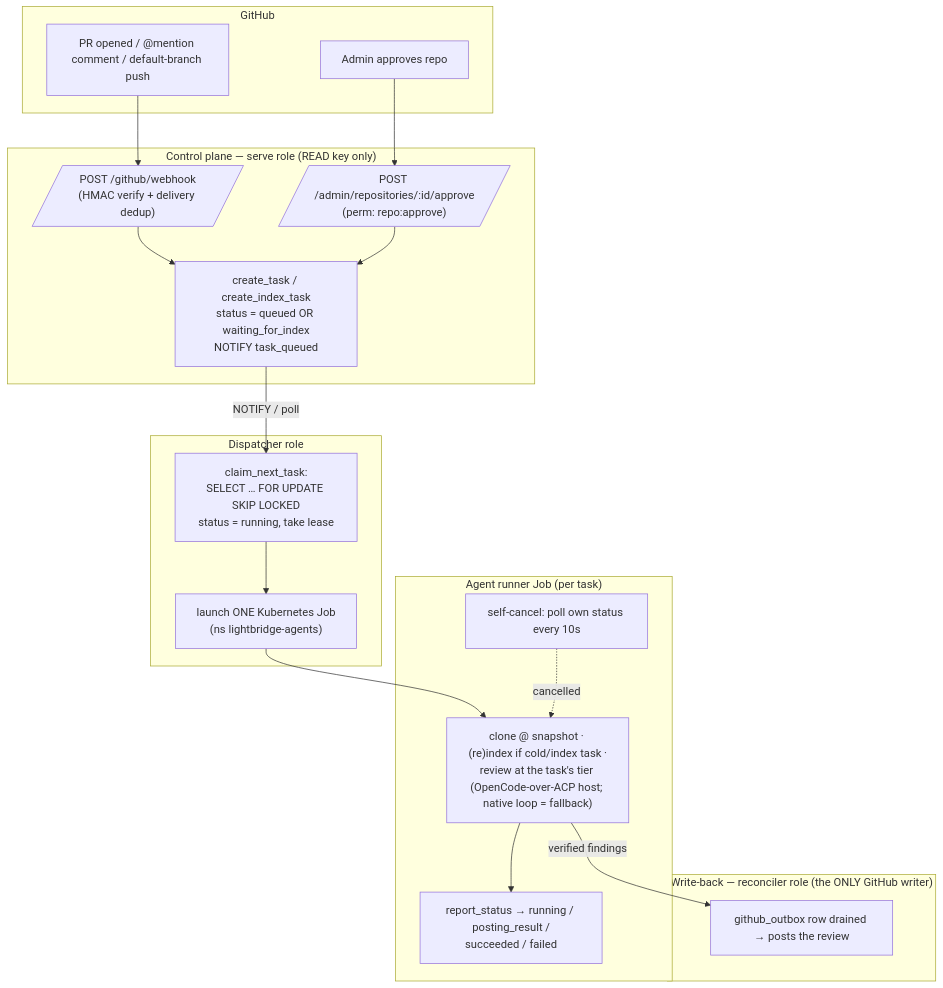
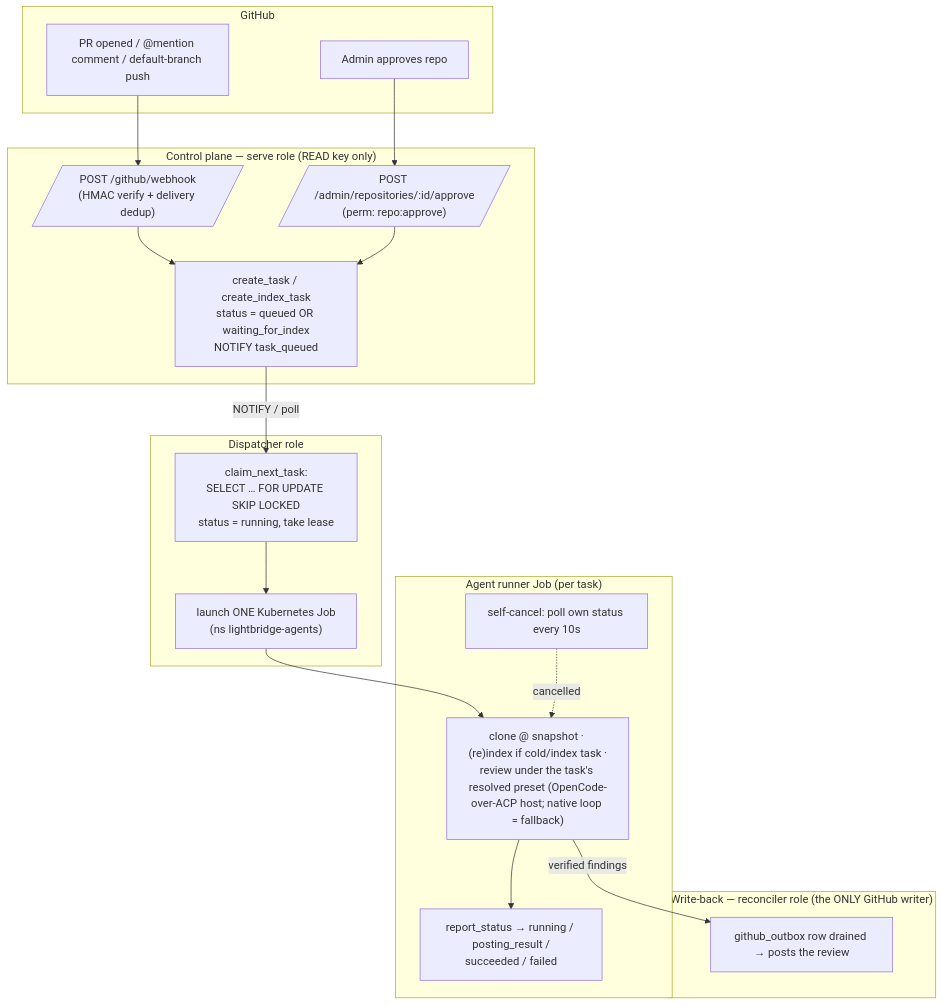
The first of 3 diagrams in docs/jobs-and-lifecycle.md (ADORSYS-GIS/lightbridge-code-intelligence), drawn with Mermaid before and after one commit. The commit also changed other lines of this file and 5 other files, not shown here.

````diff
--- a/docs/jobs-and-lifecycle.md
+++ b/docs/jobs-and-lifecycle.md
@@ -173,35 +185,35 @@
 ```mermaid
 flowchart TD
     subgraph GitHub
         PR[PR opened / @mention comment / default-branch push]
         APV[Admin approves repo]
     end
 
     subgraph CP["Control plane — serve role (READ key only)"]
         WH[/"POST /github/webhook<br/>(HMAC verify + delivery dedup)"/]
         ADM[/"POST /admin/repositories/:id/approve<br/>(perm: repo:approve)"/]
         CREATE["create_task / create_index_task<br/>status = queued OR waiting_for_index<br/>NOTIFY task_queued"]
     end
 
     subgraph DISP["Dispatcher role"]
         CLAIM["claim_next_task:<br/>SELECT … FOR UPDATE SKIP LOCKED<br/>status = running, take lease"]
         LAUNCH["launch ONE Kubernetes Job<br/>(ns lightbridge-agents)"]
     end
 
     subgraph JOB["Agent runner Job (per task)"]
-        WORK["clone @ snapshot · (re)index if cold/index task ·<br/>review at the task's tier (OpenCode-over-ACP host; native loop = fallback)"]
+        WORK["clone @ snapshot · (re)index if cold/index task ·<br/>review under the task's resolved preset (OpenCode-over-ACP host; native loop = fallback)"]
         POLL["self-cancel: poll own status every 10s"]
         REPORT["report_status → running / posting_result /<br/>succeeded / failed"]
     end
 
     subgraph WB["Write-back — reconciler role (the ONLY GitHub writer)"]
         OUTBOX["github_outbox row drained → posts the review"]
     end
 
     PR --> WH --> CREATE
     APV --> ADM --> CREATE
     CREATE -->|NOTIFY / poll| CLAIM --> LAUNCH --> WORK
     WORK --> REPORT
     POLL -.cancelled.-> WORK
     WORK -->|verified findings| OUTBOX
 ```
````
